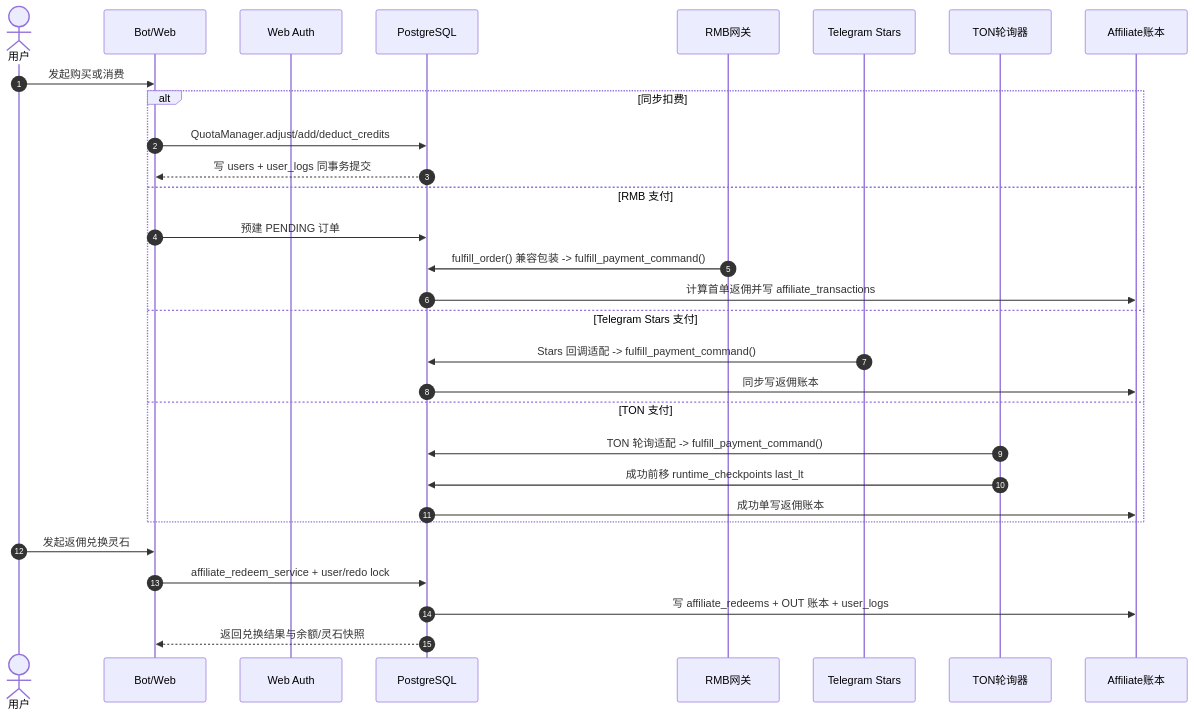
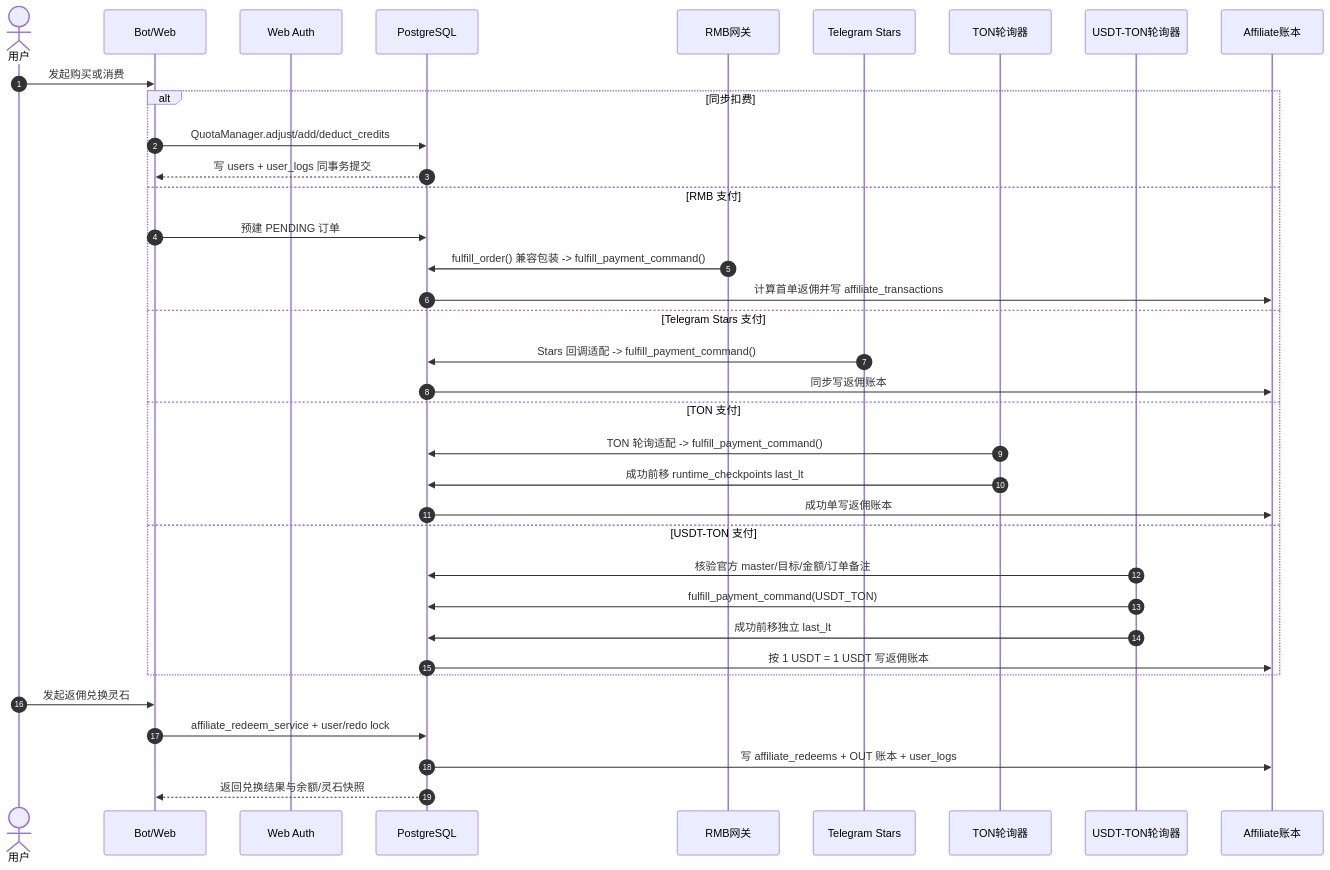
One commit to giraffu/All_bot changed the diagram in docs/子模块_计费与支付_billing_payment.md. Above: the diagram before and after it, drawn with Mermaid. The commit also changed other lines of this file and 36 other files, not shown here.

Commit message:
feat: add USDT-TON payments

````diff
--- a/docs/子模块_计费与支付_billing_payment.md
+++ b/docs/子模块_计费与支付_billing_payment.md
@@ -23,34 +24,40 @@
 ```mermaid
 sequenceDiagram
     autonumber
     actor U as 用户
     participant Bot as Bot/Web
     participant Auth as Web Auth
     participant PG as PostgreSQL
     participant RMB as RMB网关
     participant TG as Telegram Stars
     participant TON as TON轮询器
+    participant USDT as USDT-TON轮询器
     participant Aff as Affiliate账本
 
     U->>Bot: 发起购买或消费
     alt 同步扣费
         Bot->>PG: QuotaManager.adjust/add/deduct_credits
         PG-->>Bot: 写 users + user_logs 同事务提交
     else RMB 支付
         Bot->>PG: 预建 PENDING 订单
         RMB->>PG: fulfill_order() 兼容包装 -> fulfill_payment_command()
         PG->>Aff: 计算首单返佣并写 affiliate_transactions
     else Telegram Stars 支付
         TG->>PG: Stars 回调适配 -> fulfill_payment_command()
         PG->>Aff: 同步写返佣账本
     else TON 支付
         TON->>PG: TON 轮询适配 -> fulfill_payment_command()
         TON->>PG: 成功前移 runtime_checkpoints last_lt
         PG->>Aff: 成功单写返佣账本
+    else USDT-TON 支付
+        USDT->>PG: 核验官方 master/目标/金额/订单备注
+        USDT->>PG: fulfill_payment_command(USDT_TON)
+        USDT->>PG: 成功前移独立 last_lt
+        PG->>Aff: 按 1 USDT = 1 USDT 写返佣账本
     end
 
     U->>Bot: 发起返佣兑换灵石
     Bot->>PG: affiliate_redeem_service + user/redo lock
     PG->>Aff: 写 affiliate_redeems + OUT 账本 + user_logs
     PG-->>Bot: 返回兑换结果与余额/灵石快照
 ```
````
